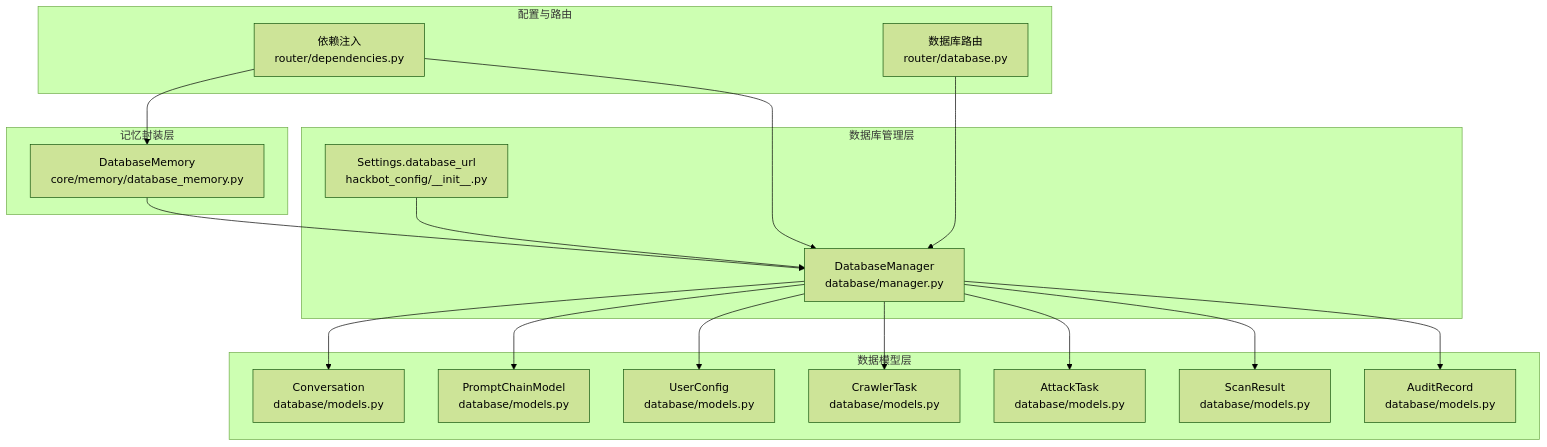
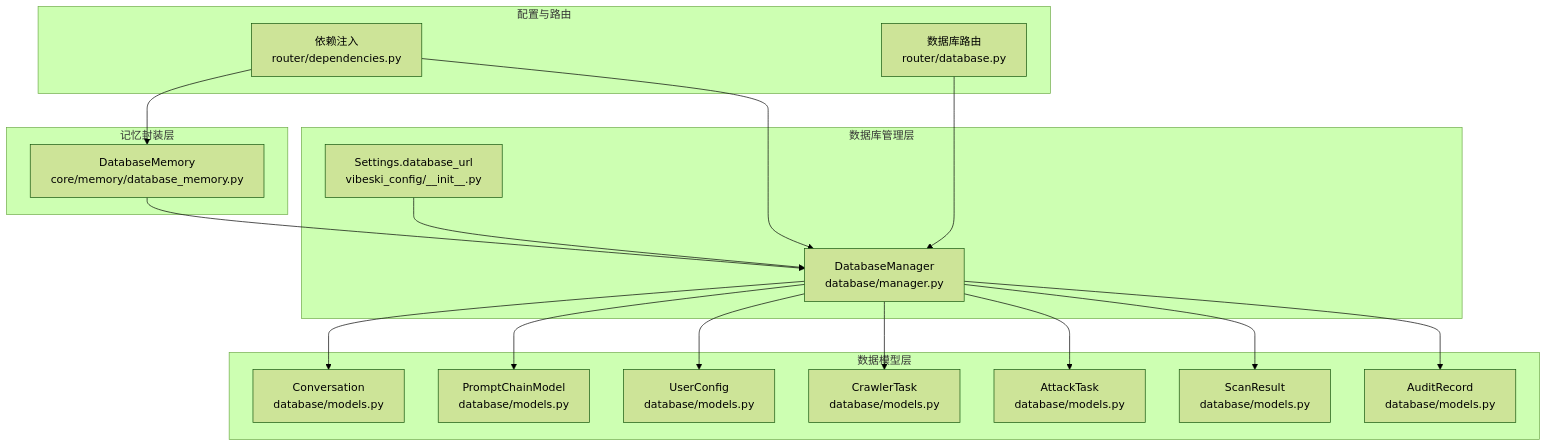
The first of 8 diagrams in .qoder/repowiki/zh/content/技能与记忆系统/记忆管理系统/数据库内存存储.md (crabin/VIBESKI), drawn with Mermaid (forest theme) before and after one commit. The commit also changed other lines of this file and 170 other files, not shown here.

Commit message:
chore: rename all secbot/hackbot identifiers to vibeski

````diff
--- a/.qoder/repowiki/zh/content/技能与记忆系统/记忆管理系统/数据库内存存储.md
+++ b/.qoder/repowiki/zh/content/技能与记忆系统/记忆管理系统/数据库内存存储.md
@@ -40,35 +40,35 @@
 ```mermaid
 graph TB
 subgraph "记忆封装层"
 DM["DatabaseMemory<br/>core/memory/database_memory.py"]
 end
 subgraph "数据库管理层"
 DBM["DatabaseManager<br/>database/manager.py"]
-CFG["Settings.database_url<br/>hackbot_config/__init__.py"]
+CFG["Settings.database_url<br/>vibeski_config/__init__.py"]
 end
 subgraph "数据模型层"
 M_Conv["Conversation<br/>database/models.py"]
 M_Prompt["PromptChainModel<br/>database/models.py"]
 M_User["UserConfig<br/>database/models.py"]
 M_Crawl["CrawlerTask<br/>database/models.py"]
 M_Attack["AttackTask<br/>database/models.py"]
 M_Scan["ScanResult<br/>database/models.py"]
 M_Audit["AuditRecord<br/>database/models.py"]
 end
 subgraph "配置与路由"
 Dep["依赖注入<br/>router/dependencies.py"]
 API["数据库路由<br/>router/database.py"]
 end
 DM --> DBM
 DBM --> M_Conv
 DBM --> M_Prompt
 DBM --> M_User
 DBM --> M_Crawl
 DBM --> M_Attack
 DBM --> M_Scan
 DBM --> M_Audit
 CFG --> DBM
 Dep --> DBM
 Dep --> DM
 API --> DBM
 ```
````
